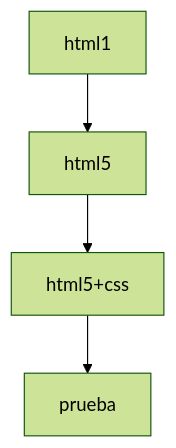
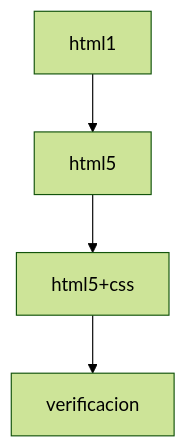
The diagram in README.md (maurodri/ejer_HTML), drawn with Mermaid (forest theme) before and after one commit. The commit also changed other lines of this file, not shown here.

````diff
--- a/README.md
+++ b/README.md
@@ -26,6 +28,6 @@
 ```mermaid
 graph TD;
     html1-->html5;
     html5-->html5+css;
-    html5+css-->prueba;
+    html5+css-->verificacion;
 ```
````
